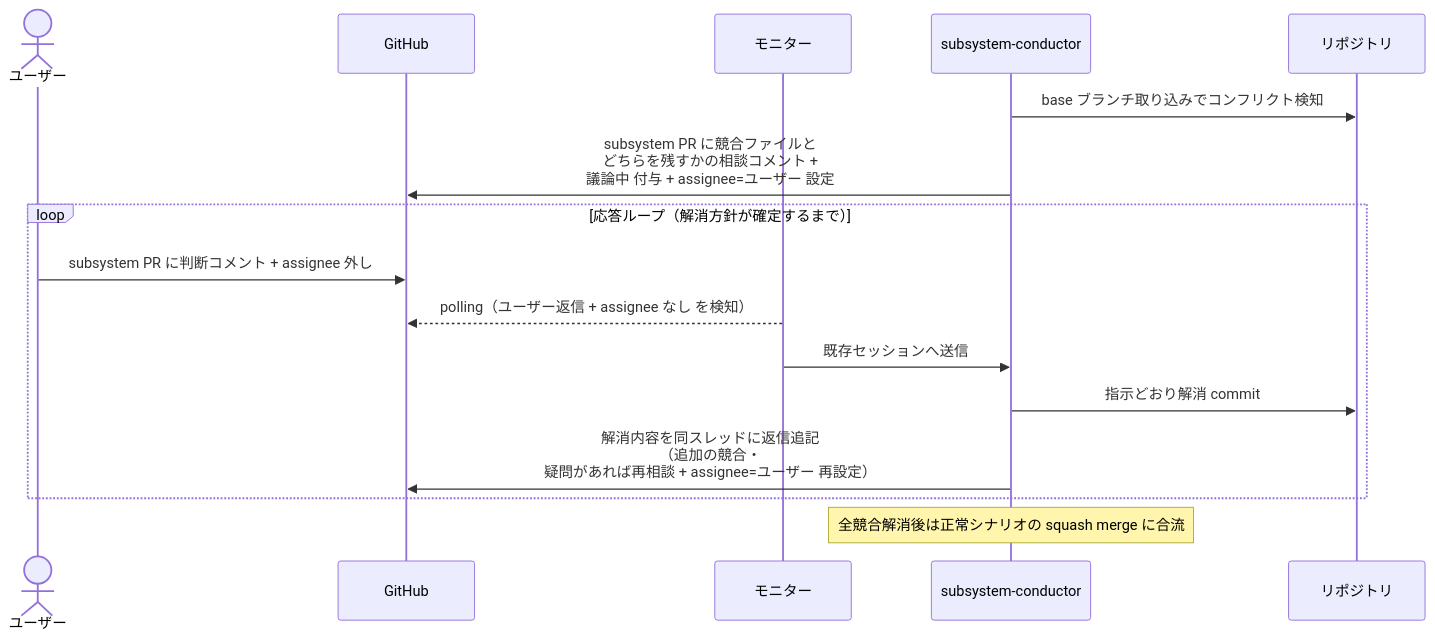
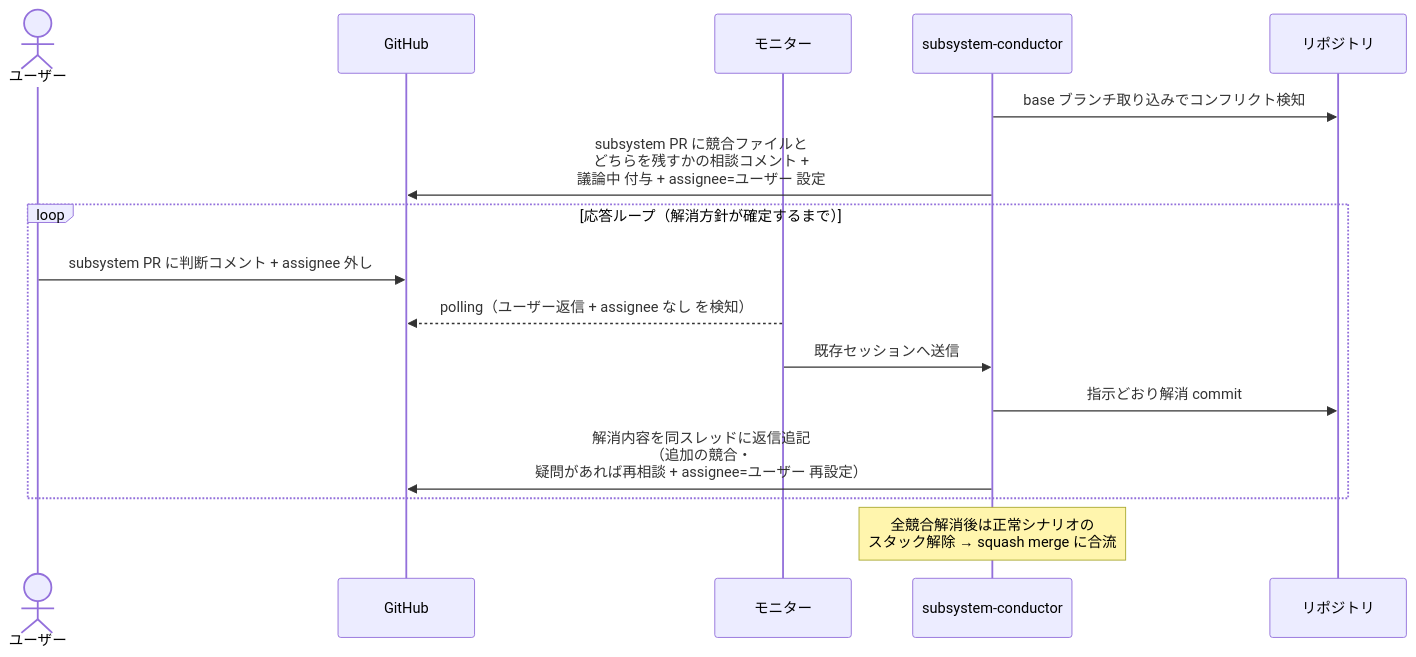
The seventh of 7 diagrams in docs/wiki/設計図/シナリオ/単一ユースケース/マージ.md (shuhei1101/ai-monitor), drawn with Mermaid before and after one commit. The commit also changed other lines of this file and 256 other files, not shown here.

````diff
--- a/docs/wiki/設計図/シナリオ/単一ユースケース/マージ.md
+++ b/docs/wiki/設計図/シナリオ/単一ユースケース/マージ.md
@@ -270,21 +314,21 @@
 ```mermaid
 sequenceDiagram
   actor U as ユーザー
   participant GH as GitHub
   participant ORC as モニター
   participant MON as subsystem-conductor
   participant REPO as リポジトリ
 
   MON->>REPO: base ブランチ取り込みでコンフリクト検知
   MON->>GH: subsystem PR に競合ファイルと<br>どちらを残すかの相談コメント +<br>議論中 付与 + assignee=ユーザー 設定
 
   loop 応答ループ（解消方針が確定するまで）
     U->>GH: subsystem PR に判断コメント + assignee 外し
     ORC-->>GH: polling（ユーザー返信 + assignee なし を検知）
     ORC->>MON: 既存セッションへ送信
     MON->>REPO: 指示どおり解消 commit
     MON->>GH: 解消内容を同スレッドに返信追記<br>（追加の競合・<br>疑問があれば再相談 + assignee=ユーザー 再設定）
   end
 
-  Note over MON: 全競合解消後は正常シナリオの squash merge に合流
+  Note over MON: 全競合解消後は正常シナリオの<br>スタック解除 → squash merge に合流
 ```
````
